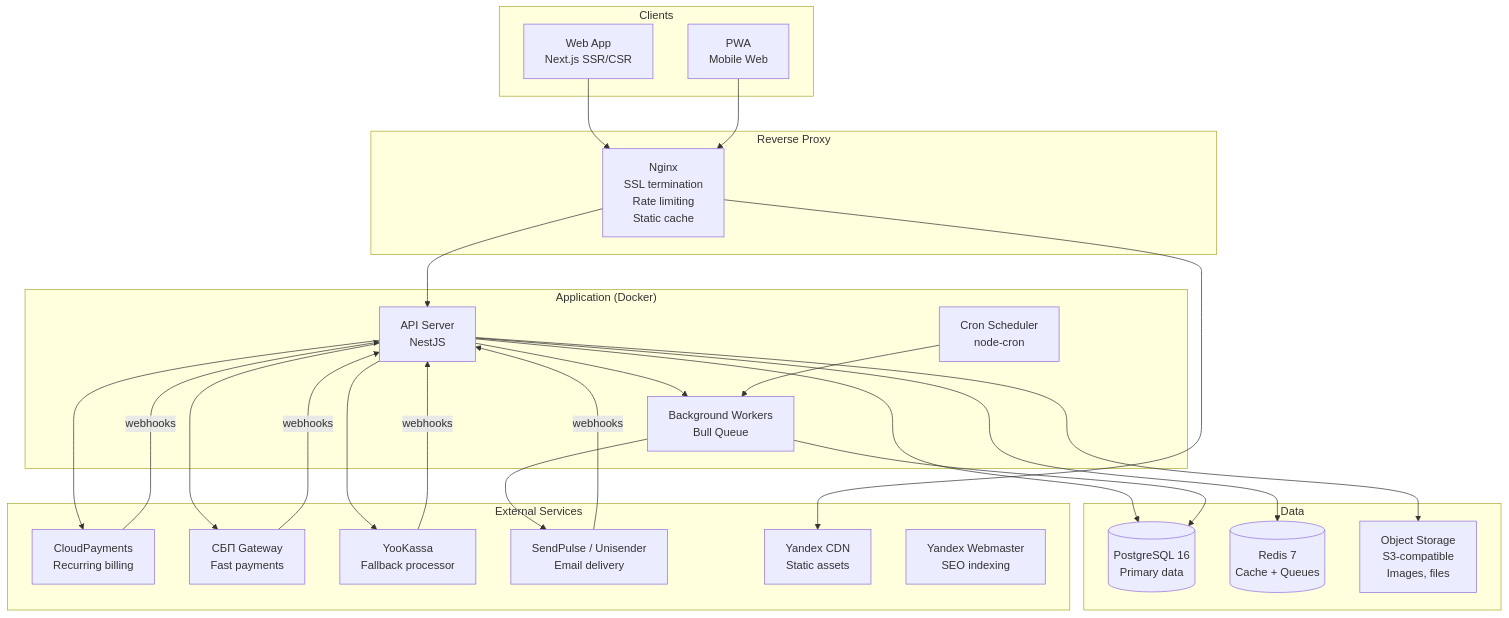
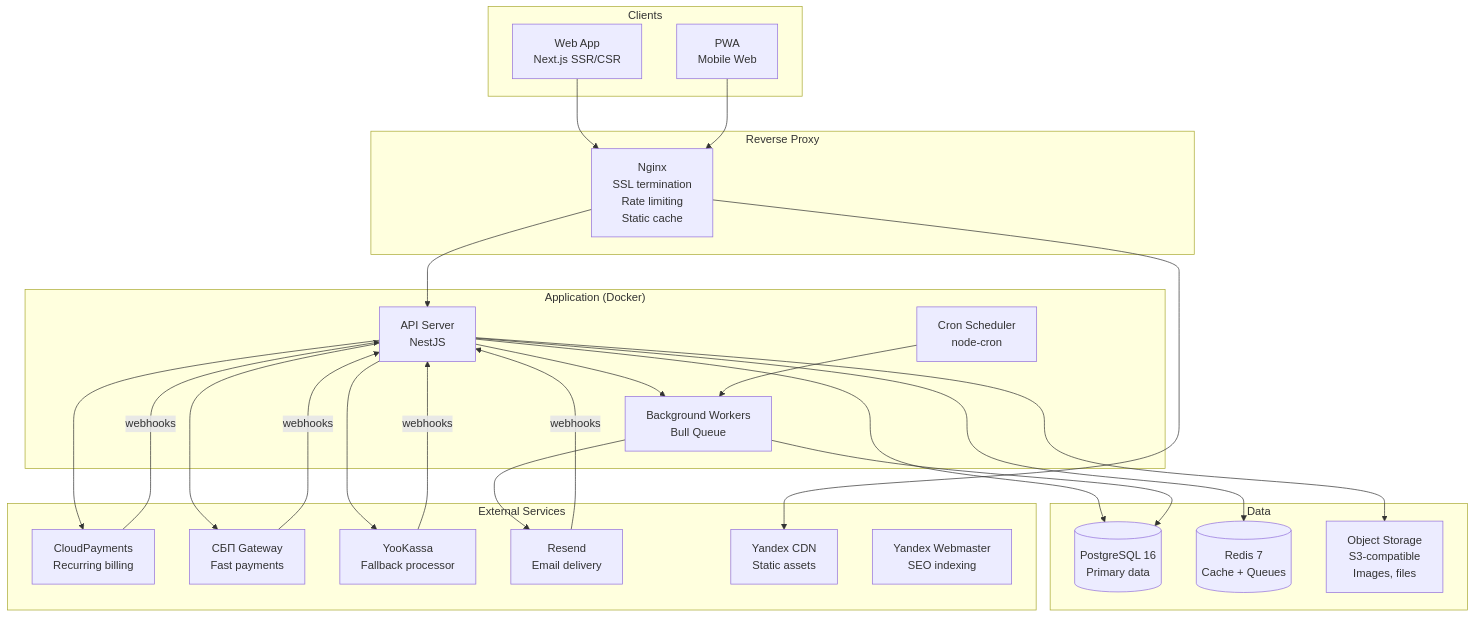
The diagram in docs/Architecture.md (djd1m/2026-PU-APR-LESSON-04-SUBSTACK), drawn with Mermaid before and after one commit. The commit also changed other lines of this file and 9 other files, not shown here.

First line of the commit message:
docs: replace SendPulse/Unisender with Resend as email ESP

````diff
--- a/docs/Architecture.md
+++ b/docs/Architecture.md
@@ -21,56 +21,56 @@
 ```mermaid
 graph TB
   subgraph Clients
     WEB[Web App<br/>Next.js SSR/CSR]
     PWA[PWA<br/>Mobile Web]
   end
 
   subgraph Reverse Proxy
     NGINX[Nginx<br/>SSL termination<br/>Rate limiting<br/>Static cache]
   end
 
   subgraph Application ["Application (Docker)"]
     API[API Server<br/>NestJS]
     WORKER[Background Workers<br/>Bull Queue]
     SCHEDULER[Cron Scheduler<br/>node-cron]
   end
 
   subgraph Data
     PG[(PostgreSQL 16<br/>Primary data)]
     REDIS[(Redis 7<br/>Cache + Queues)]
     S3[Object Storage<br/>S3-compatible<br/>Images, files]
   end
 
   subgraph External Services
     CP[CloudPayments<br/>Recurring billing]
     SBP[СБП Gateway<br/>Fast payments]
     YK[YooKassa<br/>Fallback processor]
-    ESP[SendPulse / Unisender<br/>Email delivery]
+    ESP[Resend<br/>Email delivery]
     CDN[Yandex CDN<br/>Static assets]
     YANDEX[Yandex Webmaster<br/>SEO indexing]
   end
 
   WEB --> NGINX
   PWA --> NGINX
   NGINX --> API
   NGINX --> CDN
 
   API --> PG
   API --> REDIS
   API --> S3
   API --> WORKER
 
   WORKER --> ESP
   WORKER --> PG
 
   SCHEDULER --> WORKER
 
   API --> CP
   API --> SBP
   API --> YK
 
   CP -->|webhooks| API
   SBP -->|webhooks| API
   YK -->|webhooks| API
   ESP -->|webhooks| API
 ```
````
